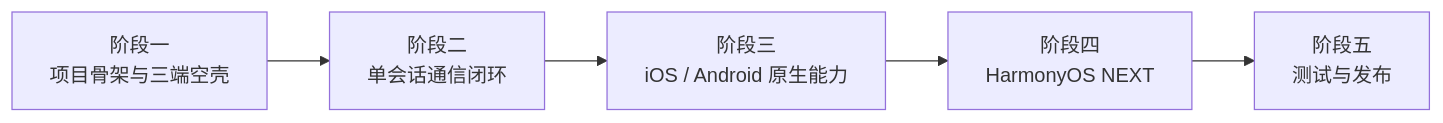
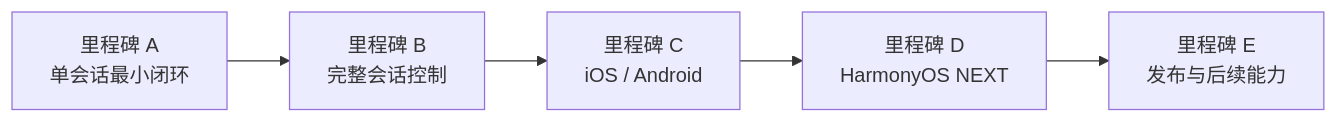
Before and after one commit to tea4go/claude-mobile-remote: the fourth of 4 diagrams in REQUIREMENTS.md, drawn with Mermaid. The commit also changed other lines of this file and 5 other files, not shown here.

````diff
--- a/REQUIREMENTS.md
+++ b/REQUIREMENTS.md
@@ -128,7 +139,7 @@
 ```mermaid
 flowchart LR
-    A["阶段一<br/>项目骨架与三端空壳"] --> B["阶段二<br/>单会话通信闭环"]
-    B --> C["阶段三<br/>iOS / Android 原生能力"]
-    C --> D["阶段四<br/>HarmonyOS NEXT"]
-    D --> E["阶段五<br/>测试与发布"]
+    A["里程碑 A<br/>单会话最小闭环"] --> B["里程碑 B<br/>完整会话控制"]
+    B --> C["里程碑 C<br/>iOS / Android"]
+    C --> D["里程碑 D<br/>HarmonyOS NEXT"]
+    D --> E["里程碑 E<br/>发布与后续能力"]
 ```
````
